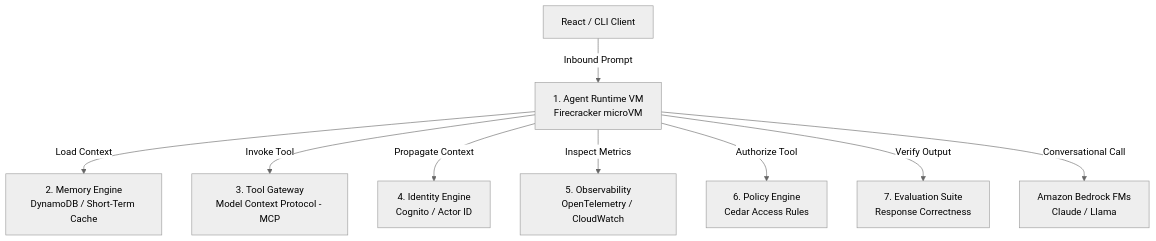
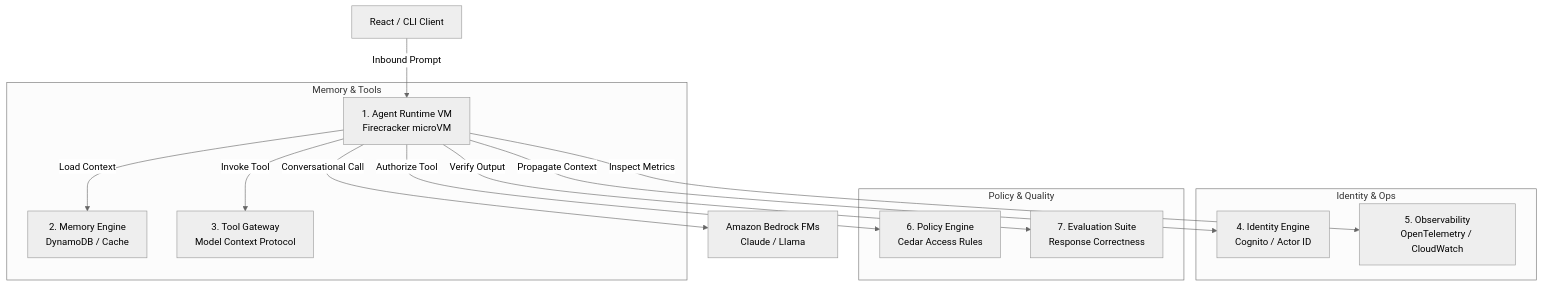
The diagram in doc_replica_aws-bedrock/doc_uday_advance_notes/01_Chapter_introduction_to_bedrock_agentcore.md (DeeptiShuklaProject/AWS_Bedrock), drawn with Mermaid (neutral theme) before and after one commit. The commit also changed other lines of this file and 41 other files, not shown here.

Commit message:
fix(docs): enhance Core Concepts spacing and improve Mermaid diagram contrast and layout clarity

````diff
--- a/doc_replica_aws-bedrock/doc_uday_advance_notes/01_Chapter_introduction_to_bedrock_agentcore.md
+++ b/doc_replica_aws-bedrock/doc_uday_advance_notes/01_Chapter_introduction_to_bedrock_agentcore.md
@@ -66,11 +66,21 @@
 ```mermaid
-graph TD
+graph TB
     Client[React / CLI Client] -->|Inbound Prompt| Runtime[1. Agent Runtime VM<br/>Firecracker microVM]
-    Runtime -->|Load Context| Memory[2. Memory Engine<br/>DynamoDB / Short-Term Cache]
-    Runtime -->|Invoke Tool| Gateway[3. Tool Gateway<br/>Model Context Protocol - MCP]
-    Runtime -->|Propagate Context| Identity[4. Identity Engine<br/>Cognito / Actor ID]
-    Runtime -->|Inspect Metrics| Observability[5. Observability<br/>OpenTelemetry / CloudWatch]
-    Runtime -->|Authorize Tool| Policy[6. Policy Engine<br/>Cedar Access Rules]
-    Runtime -->|Verify Output| Evaluations[7. Evaluation Suite<br/>Response Correctness]
+    
+    subgraph Memory & Tools
+        Runtime -->|Load Context| Memory[2. Memory Engine<br/>DynamoDB / Cache]
+        Runtime -->|Invoke Tool| Gateway[3. Tool Gateway<br/>Model Context Protocol]
+    end
+    
+    subgraph Identity & Ops
+        Runtime -->|Propagate Context| Identity[4. Identity Engine<br/>Cognito / Actor ID]
+        Runtime -->|Inspect Metrics| Observability[5. Observability<br/>OpenTelemetry / CloudWatch]
+    end
+    
+    subgraph Policy & Quality
+        Runtime -->|Authorize Tool| Policy[6. Policy Engine<br/>Cedar Access Rules]
+        Runtime -->|Verify Output| Evaluations[7. Evaluation Suite<br/>Response Correctness]
+    end
+
     Runtime -->|Conversational Call| FMs[Amazon Bedrock FMs<br/>Claude / Llama]
 ```
````
